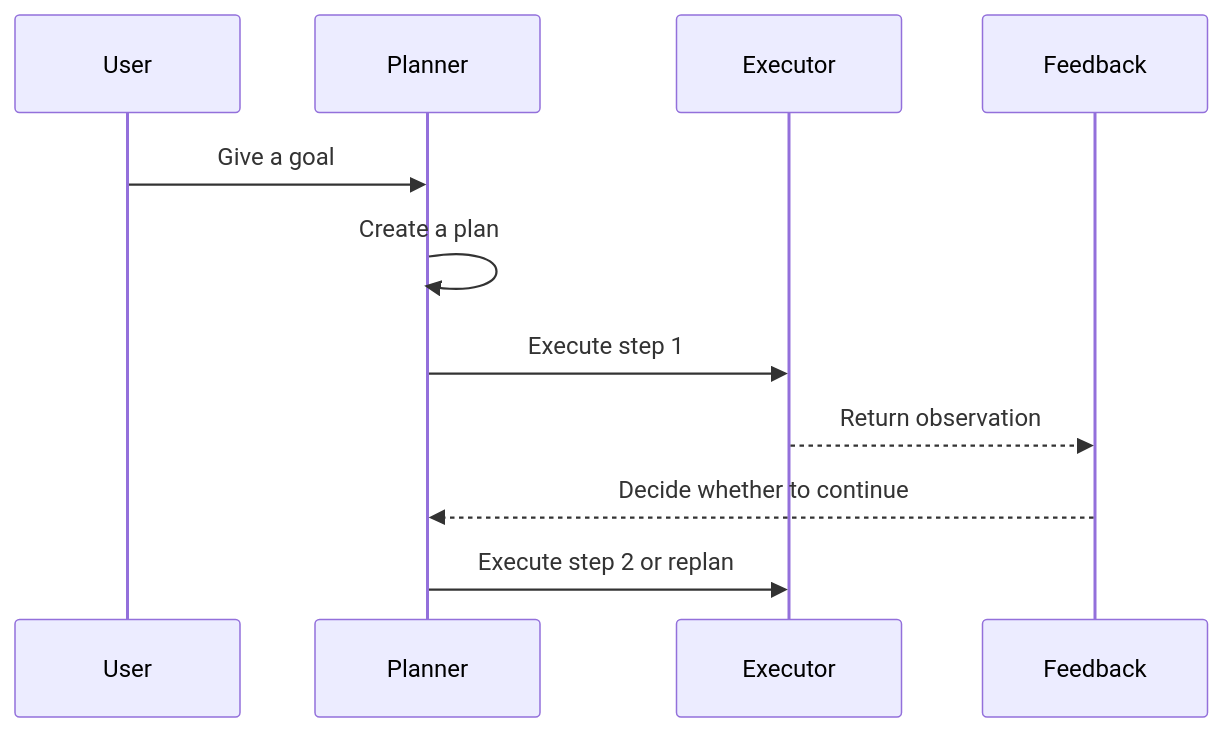
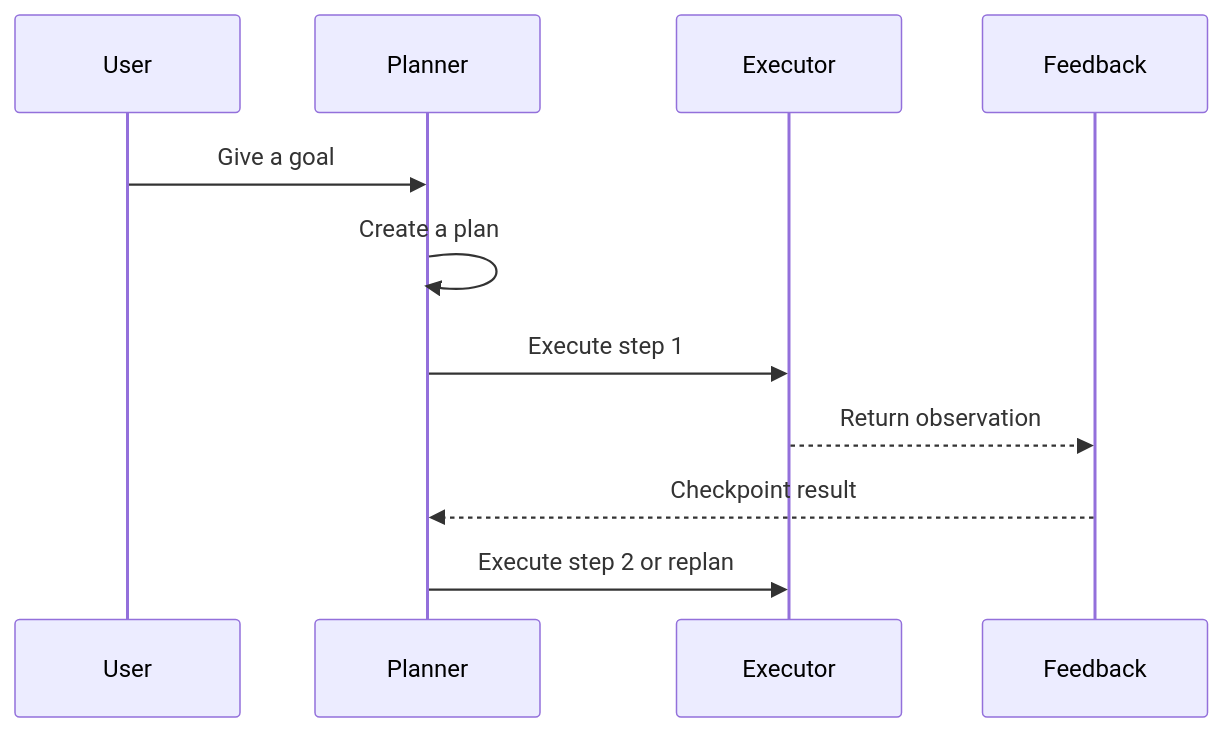
One commit to Asabeneh/30-Days-Of-AI-Engineering changed the fifth of 13 diagrams in day_23/day_23_planning.md. Above: the diagram before and after it, drawn with Mermaid. The commit also changed other lines of this file and 49 other files, not shown here.

````diff
--- a/day_23/day_23_planning.md
+++ b/day_23/day_23_planning.md
@@ -209,14 +273,14 @@
 ```mermaid
 sequenceDiagram
-        participant U as User
-        participant P as Planner
-        participant E as Executor
-        participant F as Feedback
+    participant U as User
+    participant P as Planner
+    participant E as Executor
+    participant F as Feedback
 
-        U->>P: Give a goal
-        P->>P: Create a plan
-        P->>E: Execute step 1
-        E-->>F: Return observation
-        F-->>P: Decide whether to continue
-        P->>E: Execute step 2 or replan
+    U->>P: Give a goal
+    P->>P: Create a plan
+    P->>E: Execute step 1
+    E-->>F: Return observation
+    F-->>P: Checkpoint result
+    P->>E: Execute step 2 or replan
 ```
````
